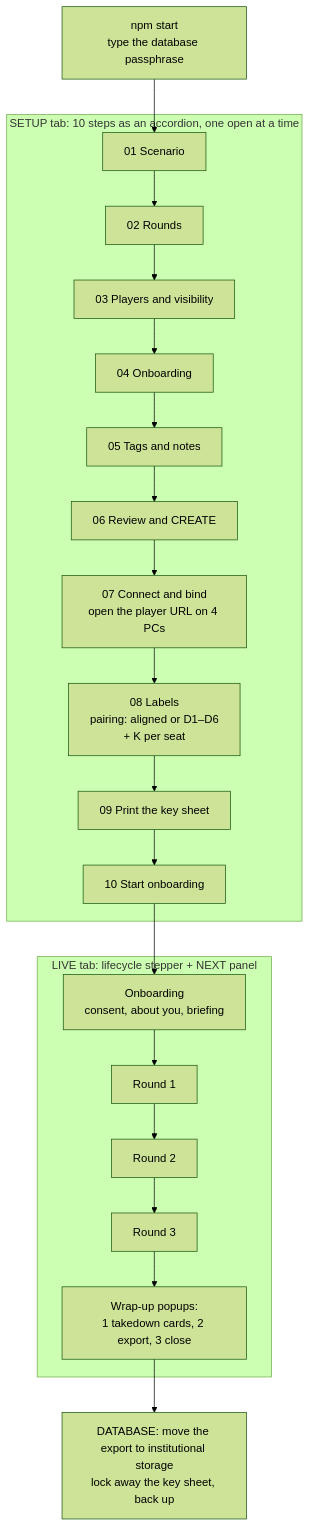
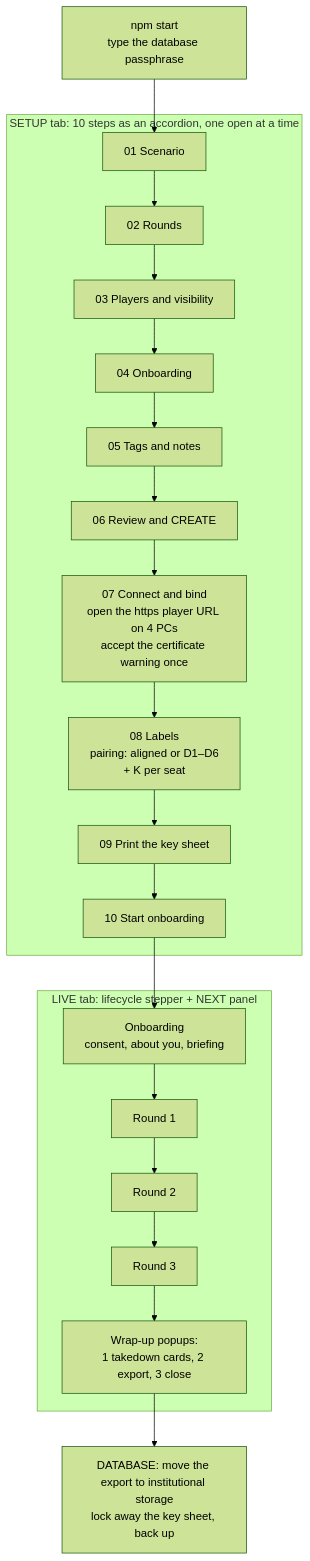
Before and after one commit to xy-zak/WhoKnowsWhoActs: the first of 2 diagrams in docs/SESSION-RUNBOOK.md, drawn with Mermaid (forest theme). The commit also changed other lines of this file and 18 other files, not shown here.

````diff
--- a/docs/SESSION-RUNBOOK.md
+++ b/docs/SESSION-RUNBOOK.md
@@ -31,14 +32,14 @@
 ```mermaid
 flowchart TD
   A["npm start<br/>type the database passphrase"] --> S1
   subgraph SETUP["SETUP tab: 10 steps as an accordion, one open at a time"]
     S1["01 Scenario"] --> S2["02 Rounds"] --> S3["03 Players and visibility"] --> S4["04 Onboarding"] --> S5["05 Tags and notes"] --> S6["06 Review and CREATE"]
-    S6 --> S7["07 Connect and bind<br/>open the player URL on 4 PCs"] --> S8["08 Labels<br/>pairing: aligned or D1–D6<br/>+ K per seat"] --> S9["09 Print the key sheet"] --> S10["10 Start onboarding"]
+    S6 --> S7["07 Connect and bind<br/>open the https player URL on 4 PCs<br/>accept the certificate warning once"] --> S8["08 Labels<br/>pairing: aligned or D1–D6<br/>+ K per seat"] --> S9["09 Print the key sheet"] --> S10["10 Start onboarding"]
   end
   S10 --> L1
   subgraph LIVE["LIVE tab: lifecycle stepper + NEXT panel"]
     L1["Onboarding<br/>consent, about you, briefing"] --> L2["Round 1"] --> L3["Round 2"] --> L4["Round 3"] --> W
     W["Wrap-up popups:<br/>1 takedown cards, 2 export, 3 close"]
   end
   W --> D["DATABASE: move the export to institutional storage<br/>lock away the key sheet, back up"]
 ```
````
